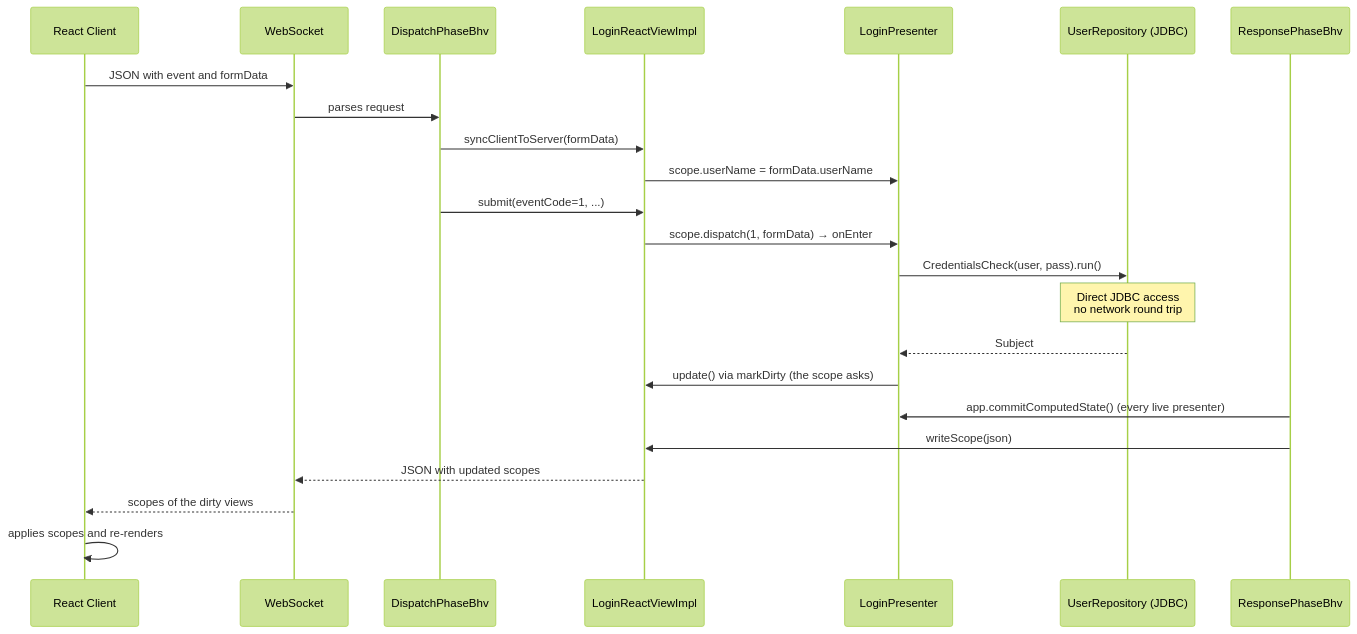
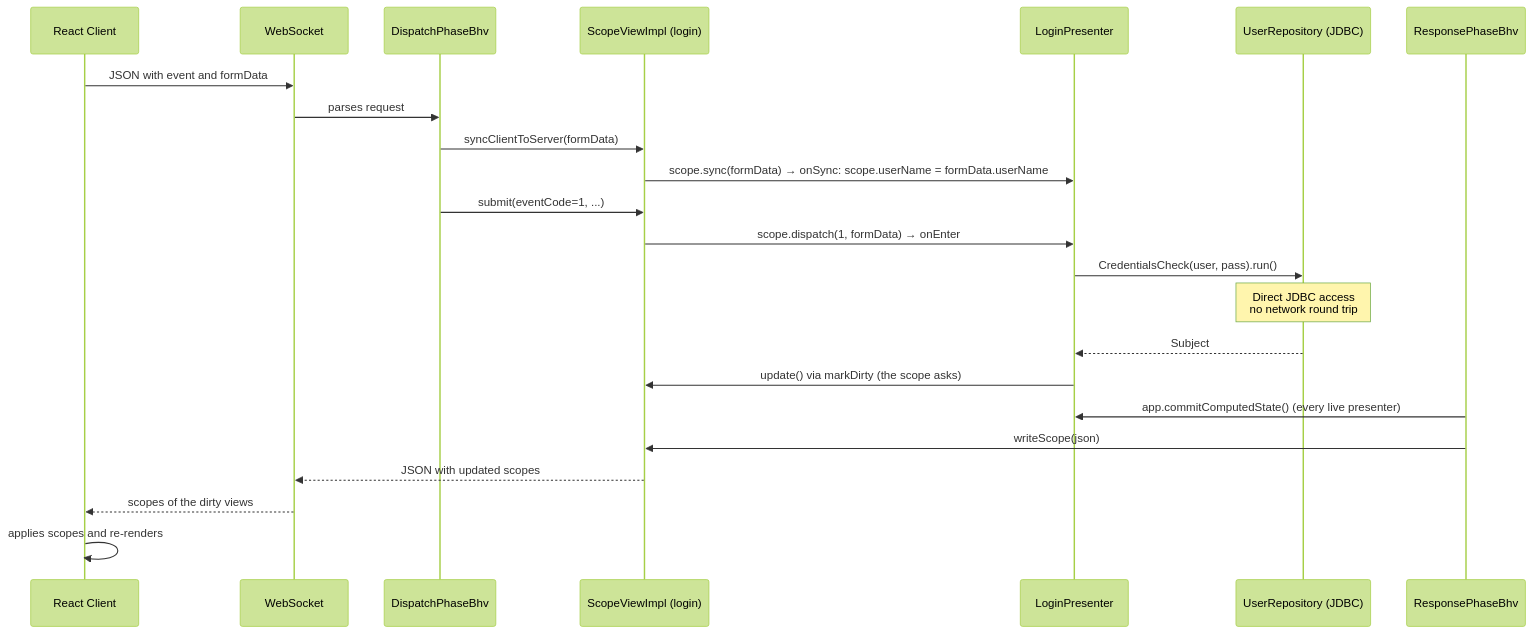
Before and after one commit to mrcdom/wdc-cube-kotlin: the fourth of 9 diagrams in docs/architecture-react.md, drawn with Mermaid (forest theme). The commit also changed other lines of this file and 17 other files, not shown here.

First line of the commit message:
refactor(remote): each scope declares its vid; the login presenter takes the remote form

````diff
--- a/docs/architecture-react.md
+++ b/docs/architecture-react.md
@@ -127,26 +127,26 @@
 ```mermaid
 sequenceDiagram
     participant Browser as React Client
     participant WS as WebSocket
     participant Dispatch as DispatchPhaseBhv
-    participant ViewImpl as LoginReactViewImpl
+    participant ViewImpl as ScopeViewImpl (login)
     participant Presenter as LoginPresenter
     participant Repo as UserRepository (JDBC)
     participant Response as ResponsePhaseBhv
 
     Browser->>WS: JSON with event and formData
     WS->>Dispatch: parses request
     Dispatch->>ViewImpl: syncClientToServer(formData)
-    ViewImpl->>Presenter: scope.userName = formData.userName
+    ViewImpl->>Presenter: scope.sync(formData) → onSync: scope.userName = formData.userName
     Dispatch->>ViewImpl: submit(eventCode=1, ...)
     ViewImpl->>Presenter: scope.dispatch(1, formData) → onEnter
     Presenter->>Repo: CredentialsCheck(user, pass).run()
     Note over Repo: Direct JDBC access<br/>no network round trip
     Repo-->>Presenter: Subject
     Presenter->>ViewImpl: update() via markDirty (the scope asks)
     Response->>Presenter: app.commitComputedState() (every live presenter)
     Response->>ViewImpl: writeScope(json)
     ViewImpl-->>WS: JSON with updated scopes
     WS-->>Browser: scopes of the dirty views
     Browser->>Browser: applies scopes and re-renders
 ```
````
